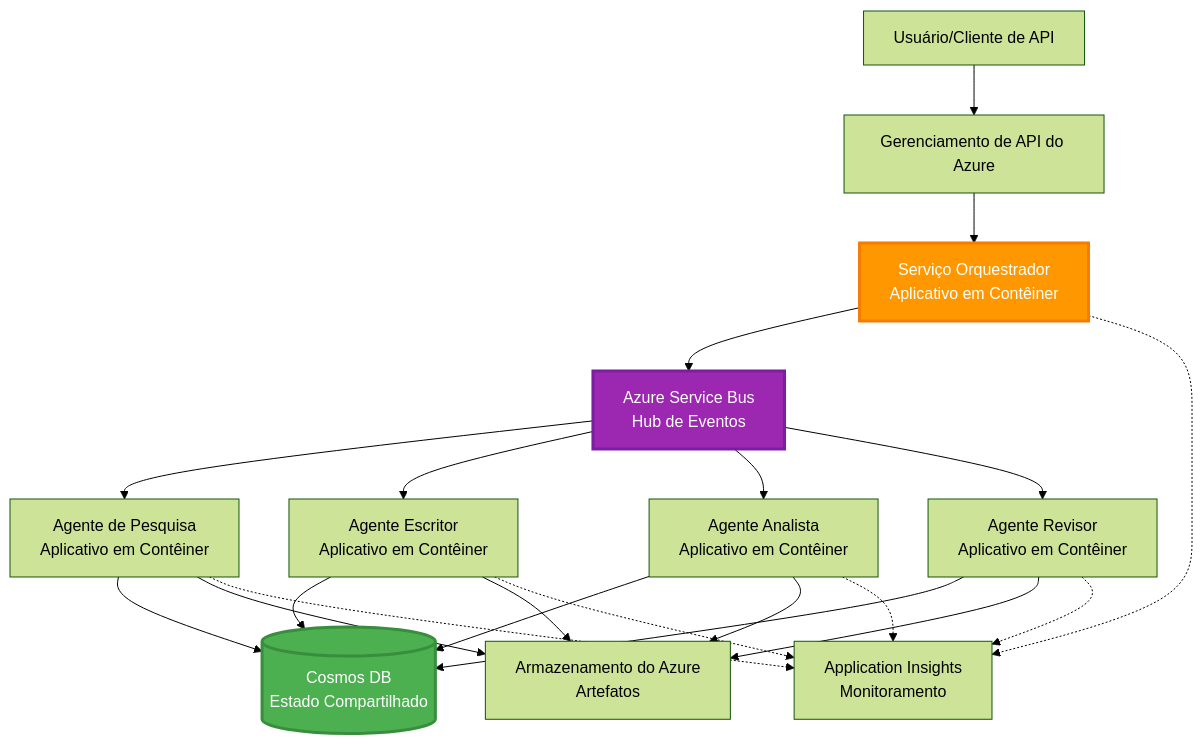
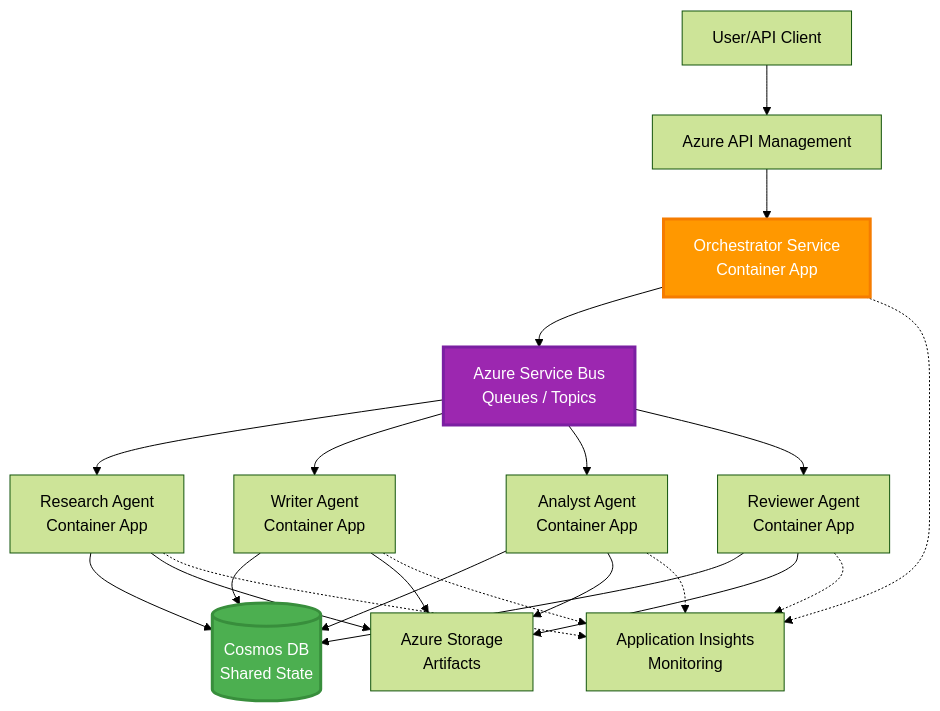
Before and after one commit to microsoft/AZD-for-beginners: the seventh of 7 diagrams in translations/pt-BR/docs/chapter-06-pre-deployment/coordination-patterns.md, drawn with Mermaid (forest theme). The commit also changed other lines of this file and 145 other files, not shown here.

````diff
--- a/translations/pt-BR/docs/chapter-06-pre-deployment/coordination-patterns.md
+++ b/translations/pt-BR/docs/chapter-06-pre-deployment/coordination-patterns.md
@@ -265,45 +271,45 @@
 ```mermaid
 graph TB
-    User[Usuário/Cliente de API]
-    APIM[Gerenciamento de API do Azure]
-    Orchestrator[Serviço Orquestrador<br/>Aplicativo em Contêiner]
-    ServiceBus[Azure Service Bus<br/>Hub de Eventos]
+    User[User/API Client]
+    APIM[Azure API Management]
+    Orchestrator[Orchestrator Service<br/>Container App]
+    ServiceBus[Azure Service Bus<br/>Queues / Topics]
     
-    Agent1[Agente de Pesquisa<br/>Aplicativo em Contêiner]
-    Agent2[Agente Escritor<br/>Aplicativo em Contêiner]
-    Agent3[Agente Analista<br/>Aplicativo em Contêiner]
-    Agent4[Agente Revisor<br/>Aplicativo em Contêiner]
+    Agent1[Research Agent<br/>Container App]
+    Agent2[Writer Agent<br/>Container App]
+    Agent3[Analyst Agent<br/>Container App]
+    Agent4[Reviewer Agent<br/>Container App]
     
-    CosmosDB[(Cosmos DB<br/>Estado Compartilhado)]
-    Storage[Armazenamento do Azure<br/>Artefatos]
-    AppInsights[Application Insights<br/>Monitoramento]
+    CosmosDB[(Cosmos DB<br/>Shared State)]
+    Storage[Azure Storage<br/>Artifacts]
+    AppInsights[Application Insights<br/>Monitoring]
     
     User --> APIM
     APIM --> Orchestrator
     
     Orchestrator --> ServiceBus
     ServiceBus --> Agent1
     ServiceBus --> Agent2
     ServiceBus --> Agent3
     ServiceBus --> Agent4
     
     Agent1 --> CosmosDB
     Agent2 --> CosmosDB
     Agent3 --> CosmosDB
     Agent4 --> CosmosDB
     
     Agent1 --> Storage
     Agent2 --> Storage
     Agent3 --> Storage
     Agent4 --> Storage
     
     Orchestrator -.-> AppInsights
     Agent1 -.-> AppInsights
     Agent2 -.-> AppInsights
     Agent3 -.-> AppInsights
     Agent4 -.-> AppInsights
     
     style Orchestrator fill:#FF9800,stroke:#F57C00,stroke-width:3px,color:#fff
     style ServiceBus fill:#9C27B0,stroke:#7B1FA2,stroke-width:3px,color:#fff
     style CosmosDB fill:#4CAF50,stroke:#388E3C,stroke-width:3px,color:#fff
 ```
````
